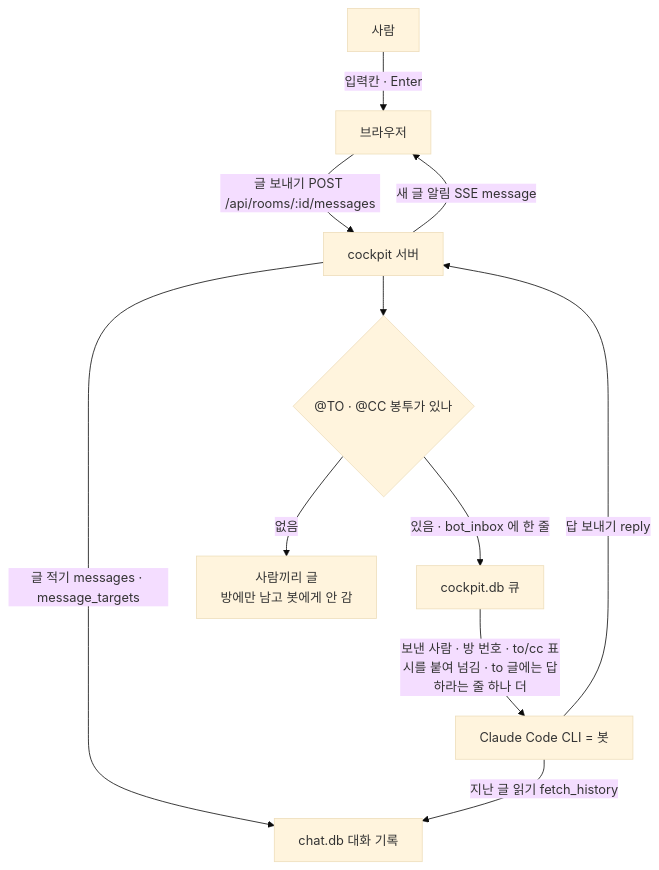
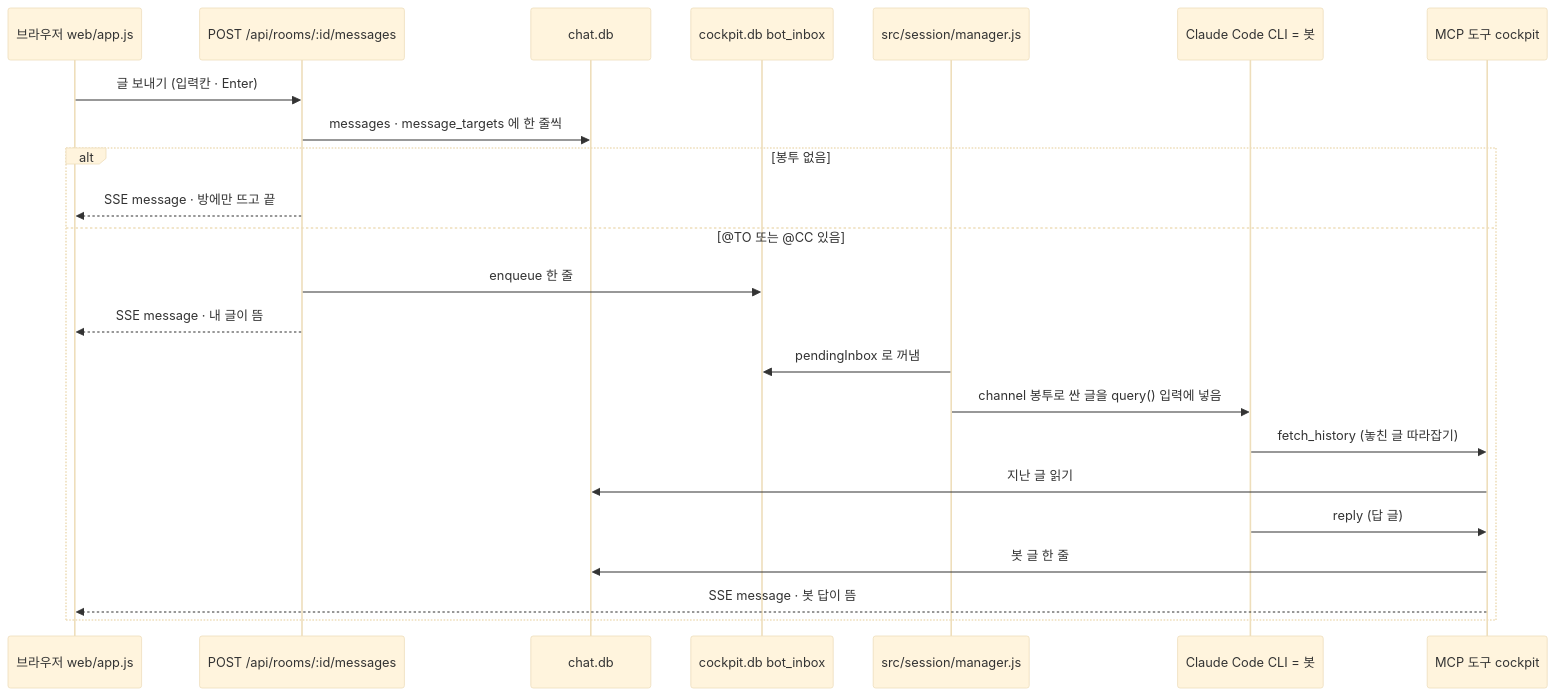
Before and after one commit to bjw202/cockpit: the fourth of 4 diagrams in README.md, drawn with Mermaid (base theme). The commit also changed other lines of this file, not shown here.

First line of the commit message:
README: 공개 저장소 주소로 걸음 3 을 한 갈래로 · 없는 절 참조 지움 · 구조 그림 0절 · 5절 sequenceDiagram · prodev/crew-workspace README 경계 링크

````diff
--- a/README.md
+++ b/README.md
@@ -326,13 +355,25 @@
 ```mermaid
-flowchart TB
-    H["사람"] -->|"입력칸 · Enter"| BR["브라우저"]
-    BR -->|"글 보내기 POST /api/rooms/:id/messages"| S["cockpit 서버"]
-    S -->|"글 적기 messages · message_targets"| CDB["chat.db 대화 기록"]
-    S --> Q{"@TO · @CC 봉투가 있나"}
-    Q -->|"없음"| NO["사람끼리 글<br/>방에만 남고 봇에게 안 감"]
-    Q -->|"있음 · bot_inbox 에 한 줄"| IN["cockpit.db 큐"]
-    IN -->|"보낸 사람 · 방 번호 · to/cc 표시를 붙여 넘김 · to 글에는 답하라는 줄 하나 더"| CLI["Claude Code CLI = 봇"]
-    CLI -->|"지난 글 읽기 fetch_history"| CDB
-    CLI -->|"답 보내기 reply"| S
-    S -->|"새 글 알림 SSE message"| BR
+sequenceDiagram
+    participant BR as 브라우저 web/app.js
+    participant RT as POST /api/rooms/:id/messages
+    participant CDB as chat.db
+    participant Q as cockpit.db bot_inbox
+    participant MG as src/session/manager.js
+    participant BOT as Claude Code CLI = 봇
+    participant MCP as MCP 도구 cockpit
+    BR->>RT: 글 보내기 (입력칸 · Enter)
+    RT->>CDB: messages · message_targets 에 한 줄씩
+    alt 봉투 없음
+        RT-->>BR: SSE message · 방에만 뜨고 끝
+    else @TO 또는 @CC 있음
+        RT->>Q: enqueue 한 줄
+        RT-->>BR: SSE message · 내 글이 뜸
+        MG->>Q: pendingInbox 로 꺼냄
+        MG->>BOT: channel 봉투로 싼 글을 query() 입력에 넣음
+        BOT->>MCP: fetch_history (놓친 글 따라잡기)
+        MCP->>CDB: 지난 글 읽기
+        BOT->>MCP: reply (답 글)
+        MCP->>CDB: 봇 글 한 줄
+        MCP-->>BR: SSE message · 봇 답이 뜸
+    end
 ```
````
